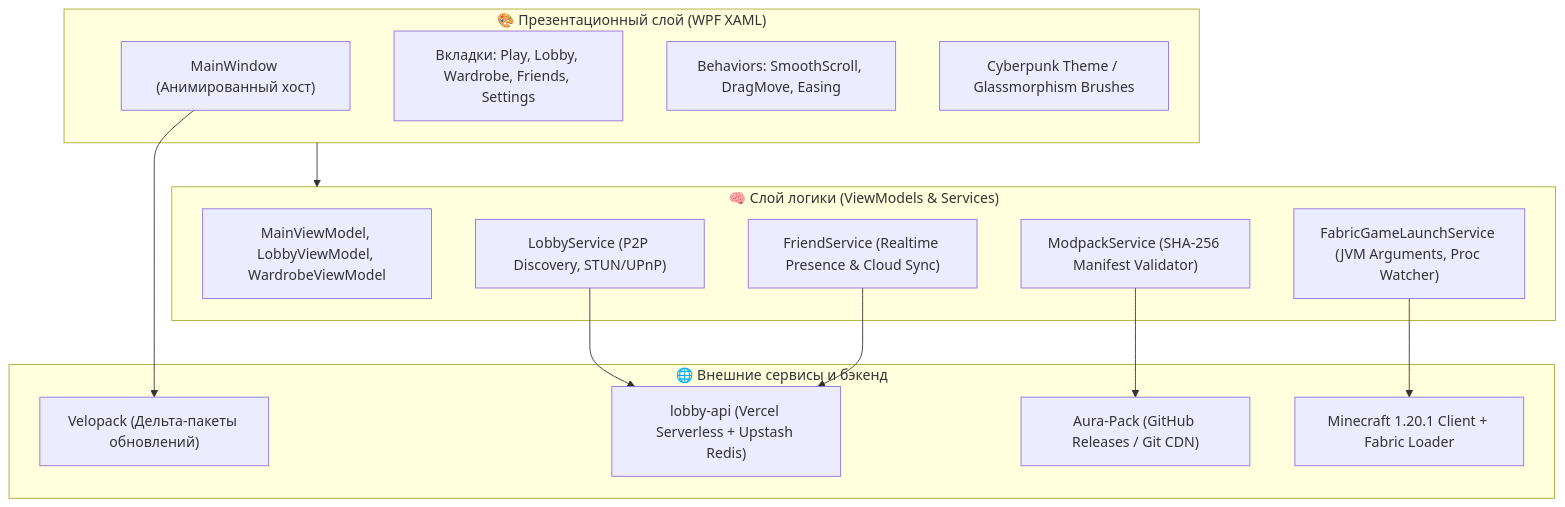
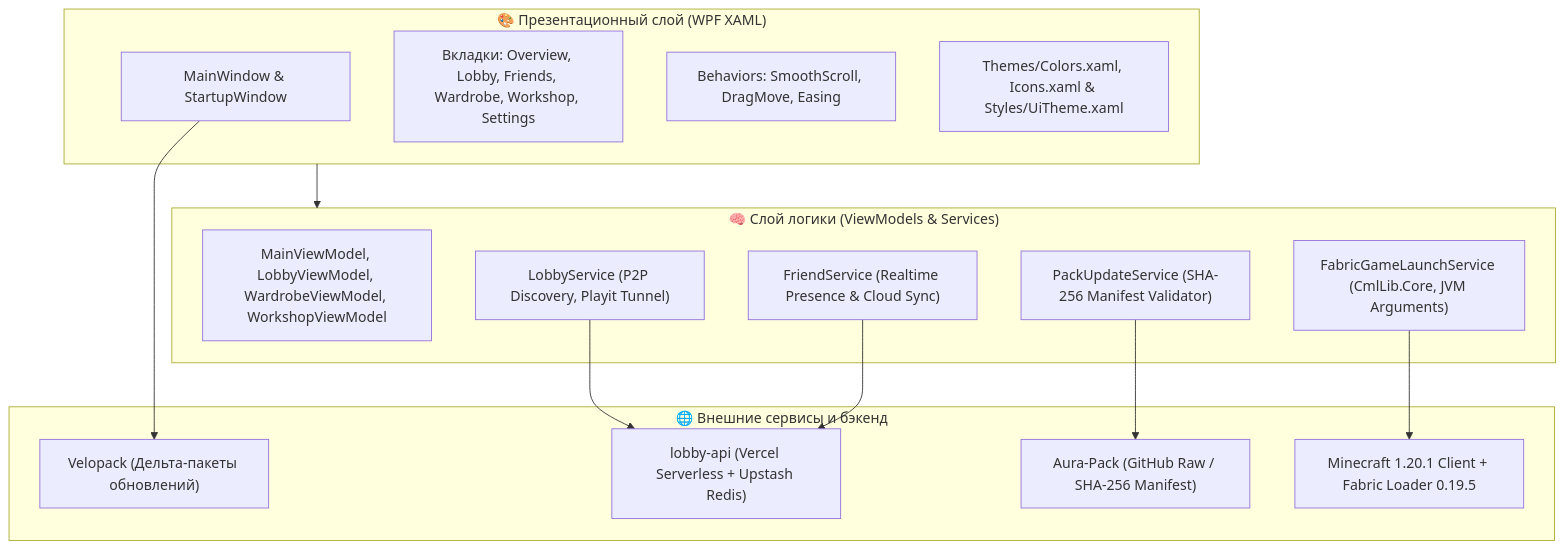
Before and after one commit to qutlawsoasis-debug/Aura-Launcher: the second of 2 diagrams in README.md, drawn with Mermaid. The commit also changed other lines of this file and 64 other files, not shown here.

````diff
--- a/README.md
+++ b/README.md
@@ -151,31 +151,31 @@
 ```mermaid
 graph TD
     subgraph UI ["🎨 Презентационный слой (WPF XAML)"]
-        MainWindow["MainWindow (Анимированный хост)"]
-        Views["Вкладки: Play, Lobby, Wardrobe, Friends, Settings"]
+        MainWindow["MainWindow & StartupWindow"]
+        Views["Вкладки: Overview, Lobby, Friends, Wardrobe, Workshop, Settings"]
         Behaviors["Behaviors: SmoothScroll, DragMove, Easing"]
-        Styles["Cyberpunk Theme / Glassmorphism Brushes"]
+        Styles["Themes/Colors.xaml, Icons.xaml & Styles/UiTheme.xaml"]
     end
 
     subgraph Core ["🧠 Слой логики (ViewModels & Services)"]
-        VMs["MainViewModel, LobbyViewModel, WardrobeViewModel"]
-        LobbySvc["LobbyService (P2P Discovery, STUN/UPnP)"]
+        VMs["MainViewModel, LobbyViewModel, WardrobeViewModel, WorkshopViewModel"]
+        LobbySvc["LobbyService (P2P Discovery, Playit Tunnel)"]
         FriendSvc["FriendService (Realtime Presence & Cloud Sync)"]
-        PackSvc["ModpackService (SHA-256 Manifest Validator)"]
-        LaunchSvc["FabricGameLaunchService (JVM Arguments, Proc Watcher)"]
+        PackSvc["PackUpdateService (SHA-256 Manifest Validator)"]
+        LaunchSvc["FabricGameLaunchService (CmlLib.Core, JVM Arguments)"]
     end
 
     subgraph External ["🌐 Внешние сервисы и бэкенд"]
         LobbyApi["lobby-api (Vercel Serverless + Upstash Redis)"]
         VelopackEngine["Velopack (Дельта-пакеты обновлений)"]
-        AuraPackRepo["Aura-Pack (GitHub Releases / Git CDN)"]
-        FabricGame["Minecraft 1.20.1 Client + Fabric Loader"]
+        AuraPackRepo["Aura-Pack (GitHub Raw / SHA-256 Manifest)"]
+        FabricGame["Minecraft 1.20.1 Client + Fabric Loader 0.19.5"]
     end
 
     UI --> Core
     LobbySvc --> LobbyApi
     FriendSvc --> LobbyApi
     PackSvc --> AuraPackRepo
     LaunchSvc --> FabricGame
     MainWindow --> VelopackEngine
 ```
````
